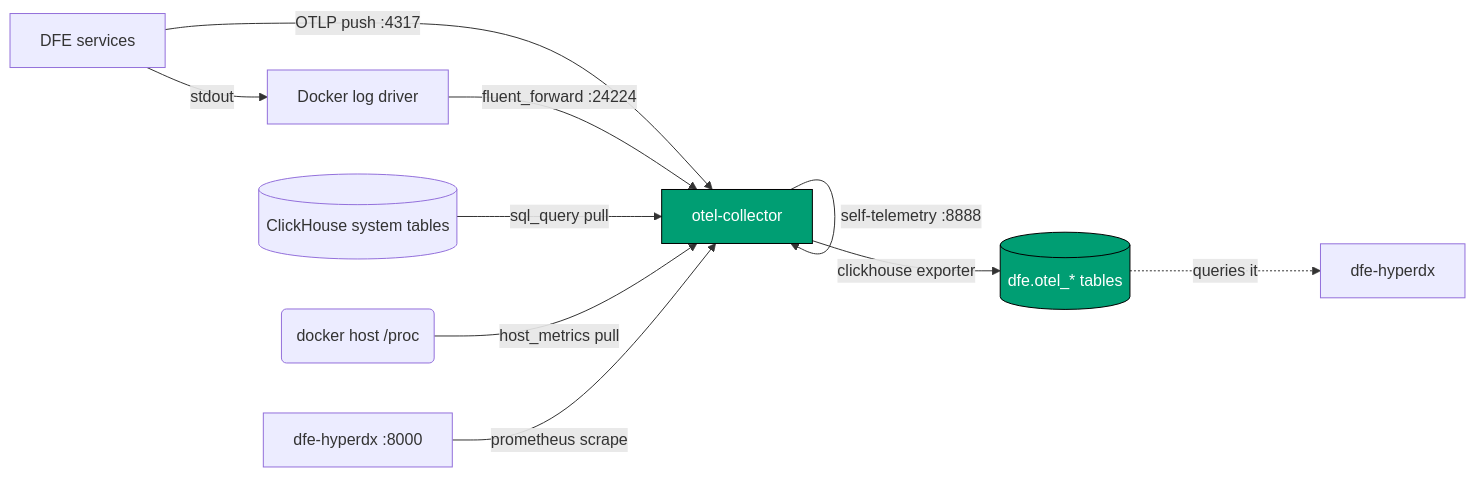
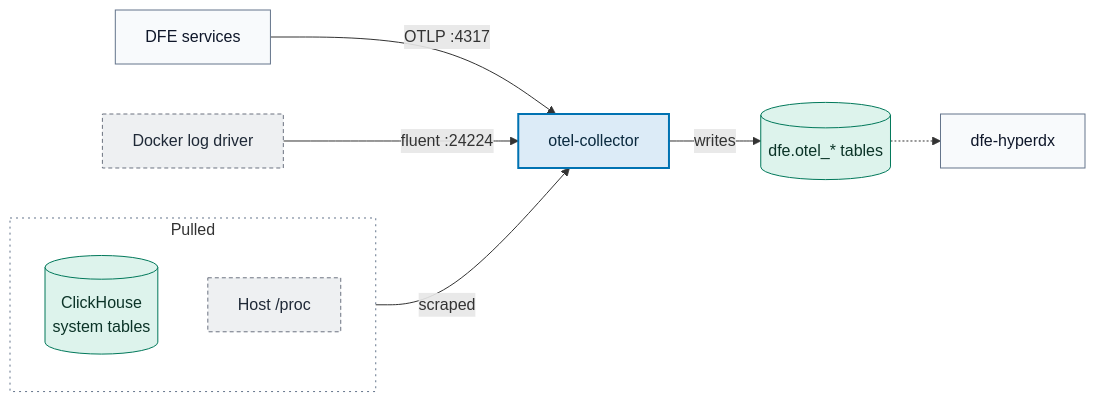
The diagram in docs/observability.md (hyperi-io/dfe-docker), drawn with Mermaid before and after one commit. The commit also changed other lines of this file and 28 other files, not shown here.

First line of the commit message:
docs(docker): fix claims and redraw diagrams

````diff
--- a/docs/observability.md
+++ b/docs/observability.md
@@ -71,15 +72,32 @@
 ```mermaid
 flowchart LR
-    apps["DFE services"] -->|OTLP push :4317| col["otel-collector"]
-    apps -->|stdout| drv["Docker log driver"]
-    drv -->|fluent_forward :24224| col
-    chsrv[(ClickHouse system tables)] -->|sql_query pull| col
-    host("docker host /proc") -->|host_metrics pull| col
-    col -->|self-telemetry :8888| col
-    hdxm["dfe-hyperdx :8000"] -->|prometheus scrape| col
-    col -->|clickhouse exporter| ch[(dfe.otel_* tables)]
-    ch -.->|queries it| hdx["dfe-hyperdx"]
+    accTitle: L4 Detail -- Self-telemetry
+    accDescr: DFE services push metrics and traces over OTLP to the otel-collector. Docker's log driver forwards the stdout of the DFE containers to it while container log shipping is on. The collector pulls ClickHouse's system tables and the host's CPUs itself. It writes logs, metrics and traces to the dfe.otel_ tables, which dfe-hyperdx queries.
 
-    classDef on fill:#009E73,color:#ffffff,stroke:#000000
-    class col,ch on
+
+    apps["DFE services"]
+    driver["Docker log driver"]
+    subgraph pulled["Pulled"]
+        chsys[("ClickHouse<br/>system tables")]
+        host["Host /proc"]
+    end
+    col["otel-collector"]
+    otel[("dfe.otel_* tables")]
+    hdx["dfe-hyperdx"]
+
+    apps -->|OTLP :4317| col
+    driver -->|fluent :24224| col
+    pulled -->|scraped| col
+    col -->|writes| otel
+    otel -.-> hdx
+
+    classDef default fill:#F8FAFC,stroke:#64748B,stroke-width:1px,color:#0F172A
+    classDef core fill:#DCEBF7,stroke:#0072B2,stroke-width:2px,color:#0B2A3F
+    classDef store fill:#DDF3EC,stroke:#00785A,stroke-width:1px,color:#0B3327
+    classDef ext fill:#EEF0F2,stroke:#6B7280,stroke-width:1px,stroke-dasharray:4 3,color:#1F2937
+    classDef group fill:none,stroke:#64748B,stroke-width:1px,stroke-dasharray:2 4
+    class driver,host ext
+    class col core
+    class chsys,otel store
+    class pulled group
 ```
````
